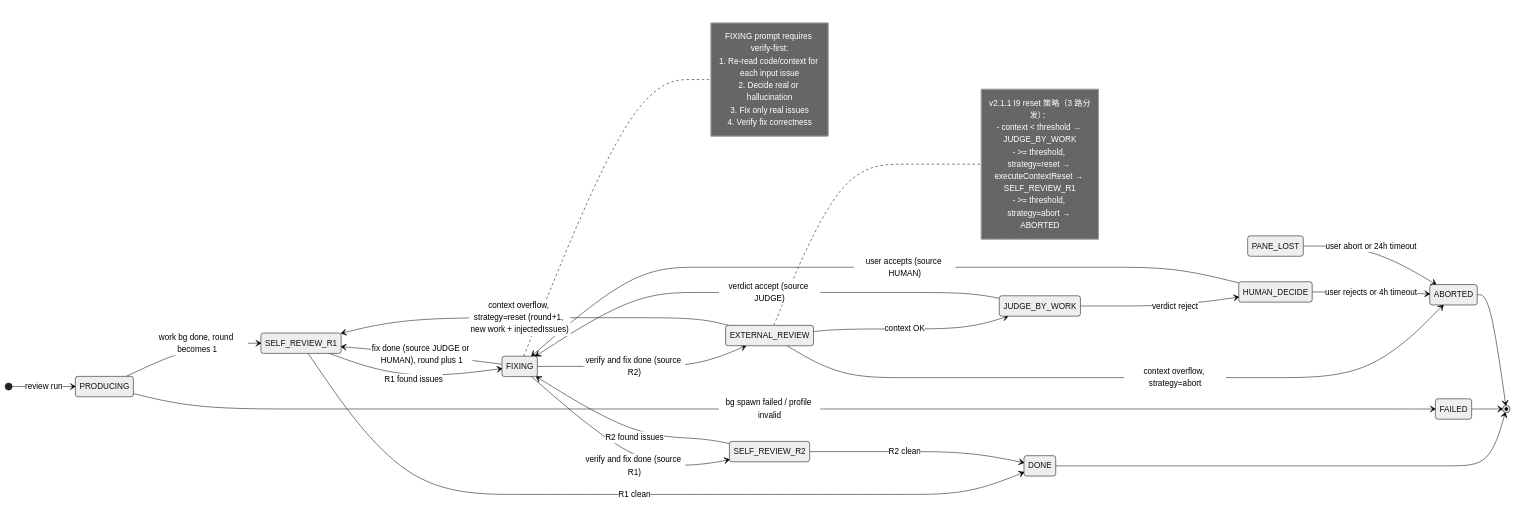
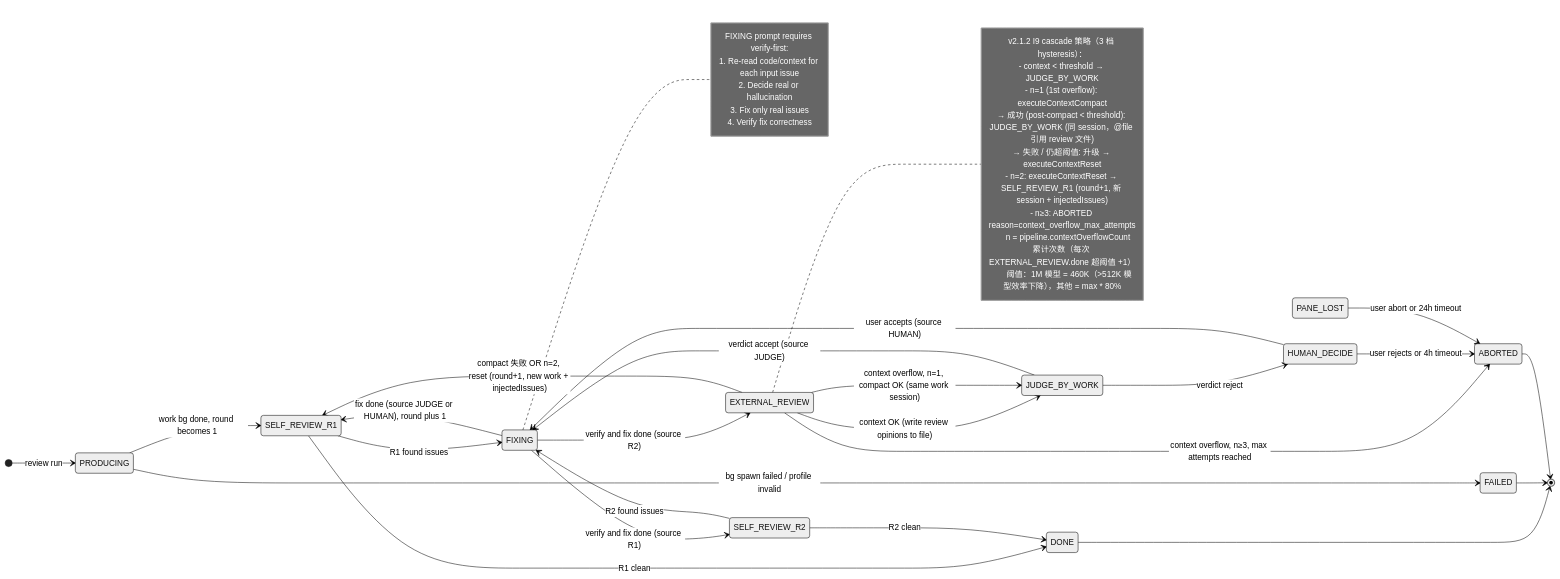
Before and after one commit to yujuntea/cc-linker: the first of 2 diagrams in docs/superpowers/specs/review-engine-v2.1.1/state-machine.md, drawn with Mermaid (neutral theme). The commit also changed other lines of this file and 4 other files, not shown here.

First line of the commit message:
docs(review-engine): v2.1.2 patch — cascade 3-tier + review opinions 落盘 + 阈值规则修 bug

````diff
--- a/docs/superpowers/specs/review-engine-v2.1.1/state-machine.md
+++ b/docs/superpowers/specs/review-engine-v2.1.1/state-machine.md
@@ -201,45 +202,52 @@
 ```mermaid
 stateDiagram-v2
     direction LR
 
     [*] --> PRODUCING : review run
 
     PRODUCING --> FAILED : bg spawn failed / profile invalid
     PRODUCING --> SELF_REVIEW_R1 : work bg done, round becomes 1
     SELF_REVIEW_R1 --> FIXING : R1 found issues
     SELF_REVIEW_R1 --> DONE : R1 clean
     FIXING --> SELF_REVIEW_R2 : verify and fix done (source R1)
     SELF_REVIEW_R2 --> FIXING : R2 found issues
     SELF_REVIEW_R2 --> DONE : R2 clean
     FIXING --> EXTERNAL_REVIEW : verify and fix done (source R2)
-    EXTERNAL_REVIEW --> JUDGE_BY_WORK : context OK
-    EXTERNAL_REVIEW --> SELF_REVIEW_R1 : context overflow, strategy=reset (round+1, new work + injectedIssues)
-    EXTERNAL_REVIEW --> ABORTED : context overflow, strategy=abort
+    EXTERNAL_REVIEW --> JUDGE_BY_WORK : context OK (write review opinions to file)
+    EXTERNAL_REVIEW --> JUDGE_BY_WORK : context overflow, n=1, compact OK (same work session)
+    EXTERNAL_REVIEW --> SELF_REVIEW_R1 : compact 失败 OR n=2, reset (round+1, new work + injectedIssues)
+    EXTERNAL_REVIEW --> ABORTED : context overflow, n≥3, max attempts reached
     JUDGE_BY_WORK --> FIXING : verdict accept (source JUDGE)
     JUDGE_BY_WORK --> HUMAN_DECIDE : verdict reject
     FIXING --> SELF_REVIEW_R1 : fix done (source JUDGE or HUMAN), round plus 1
 
     HUMAN_DECIDE --> FIXING : user accepts (source HUMAN)
     HUMAN_DECIDE --> ABORTED : user rejects or 4h timeout
 
     PANE_LOST --> ABORTED : user abort or 24h timeout
 
     DONE --> [*]
     FAILED --> [*]
     ABORTED --> [*]
 
     note right of FIXING
       FIXING prompt requires verify-first:
       1. Re-read code/context for each input issue
       2. Decide real or hallucination
       3. Fix only real issues
       4. Verify fix correctness
     end note
 
     note right of EXTERNAL_REVIEW
-      v2.1.1 I9 reset 策略（3 路分发）：
+      v2.1.2 I9 cascade 策略（3 档 hysteresis）：
       - context < threshold → JUDGE_BY_WORK
-      - >= threshold, strategy=reset → executeContextReset → SELF_REVIEW_R1
-      - >= threshold, strategy=abort → ABORTED
+      - n=1 (1st overflow): executeContextCompact
+          → 成功 (post-compact < threshold): JUDGE_BY_WORK (同 session，@file 引用 review 文件)
+          → 失败 / 仍超阈值: 升级 → executeContextReset
+      - n=2: executeContextReset → SELF_REVIEW_R1 (round+1, 新 session + injectedIssues)
+      - n≥3: ABORTED reason=context_overflow_max_attempts
+
+      n = pipeline.contextOverflowCount 累计次数（每次 EXTERNAL_REVIEW.done 超阈值 +1）
+      阈值：1M 模型 = 460K（>512K 模型效率下降），其他 = max * 80%
     end note
 ```
````
